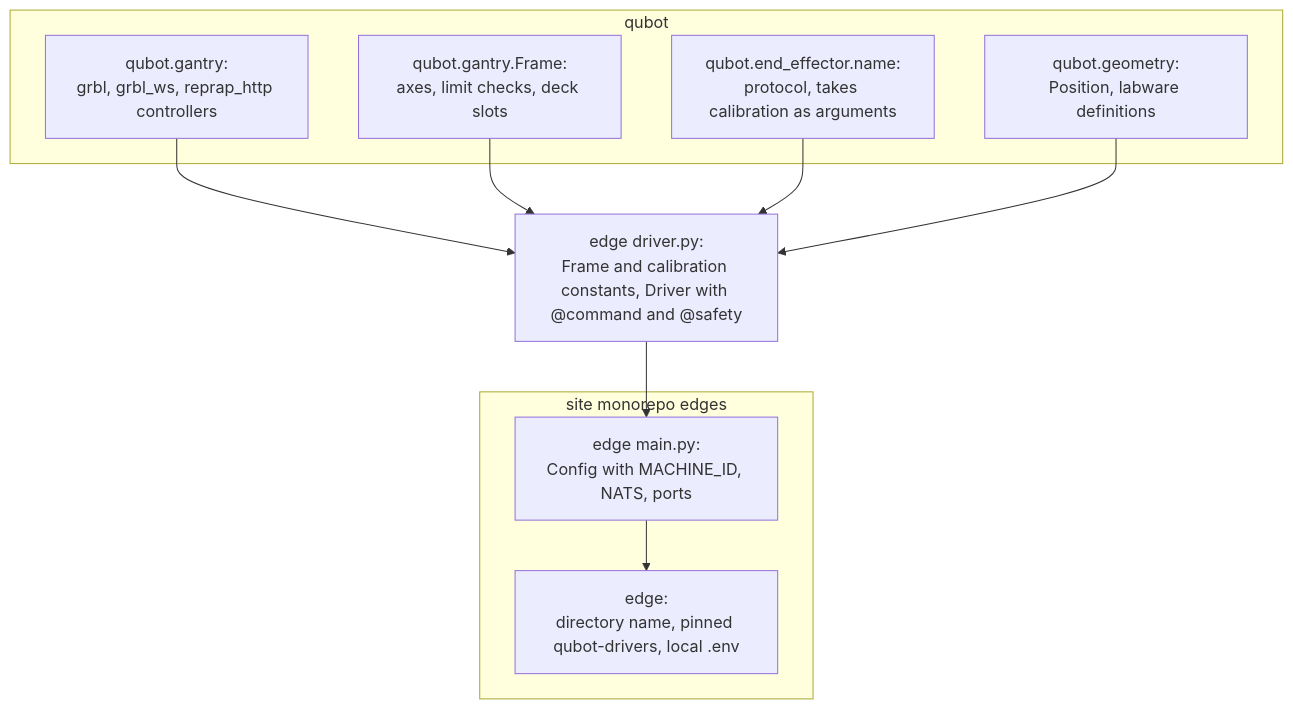
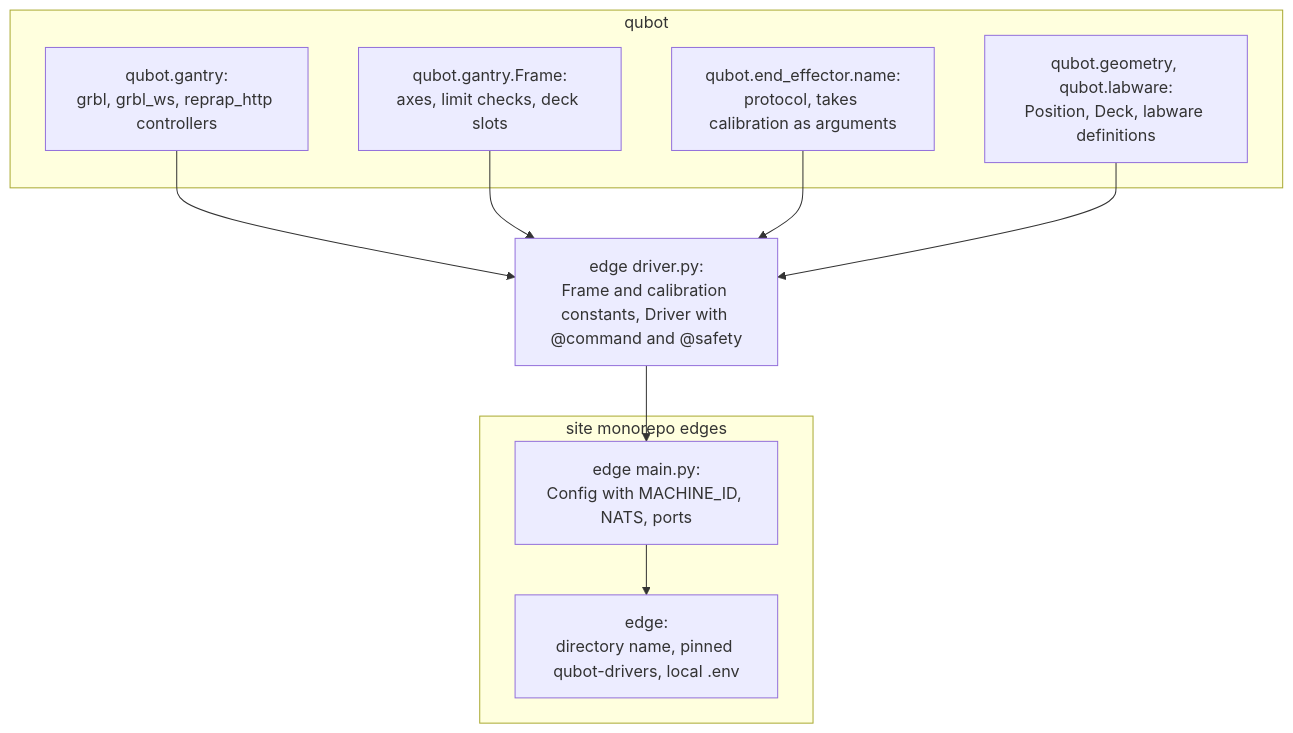
One commit to PUDAP/qubot changed the diagram in README.md. Above: the diagram before and after it, drawn with Mermaid. The commit also changed other lines of this file and 20 other files, not shown here.

First line of the commit message:
refactor: Move labware out of geometry and let edges add their own; drop edgekit.

````diff
--- a/README.md
+++ b/README.md
@@ -58,20 +58,20 @@
 ```mermaid
 flowchart TB
   subgraph sources [qubot]
     transport["qubot.gantry:<br/>grbl, grbl_ws, reprap_http controllers"]
     gantry["qubot.gantry.Frame:<br/>axes, limit checks, deck slots"]
     effector["qubot.end_effector.name:<br/>protocol, takes calibration as arguments"]
-    geometry["qubot.geometry:<br/>Position, labware definitions"]
+    geometry["qubot.geometry, qubot.labware:<br/>Position, Deck, labware definitions"]
   end
   config["edge driver.py:<br/>Frame and calibration constants, Driver with @command and @safety"]
   transport --> config
   gantry --> config
   effector --> config
   geometry --> config
   subgraph built [site monorepo edges]
     module["edge main.py:<br/>Config with MACHINE_ID, NATS, ports"]
     edge["edge:<br/>directory name, pinned qubot-drivers, local .env"]
     module --> edge
   end
   config --> module
 ```
````
